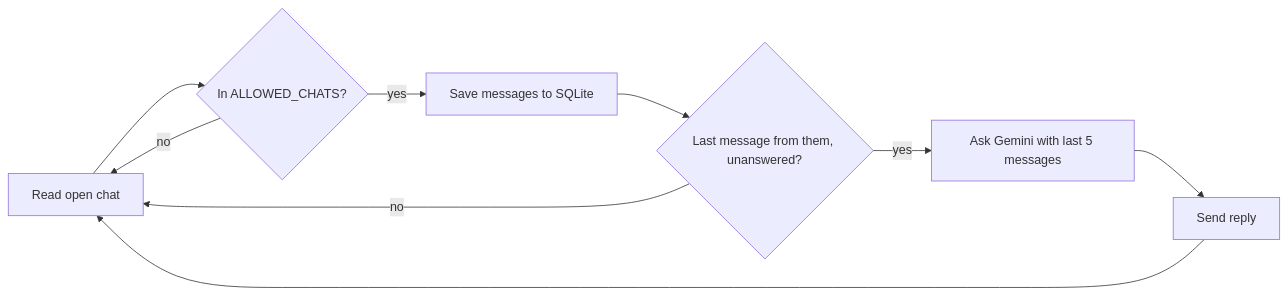
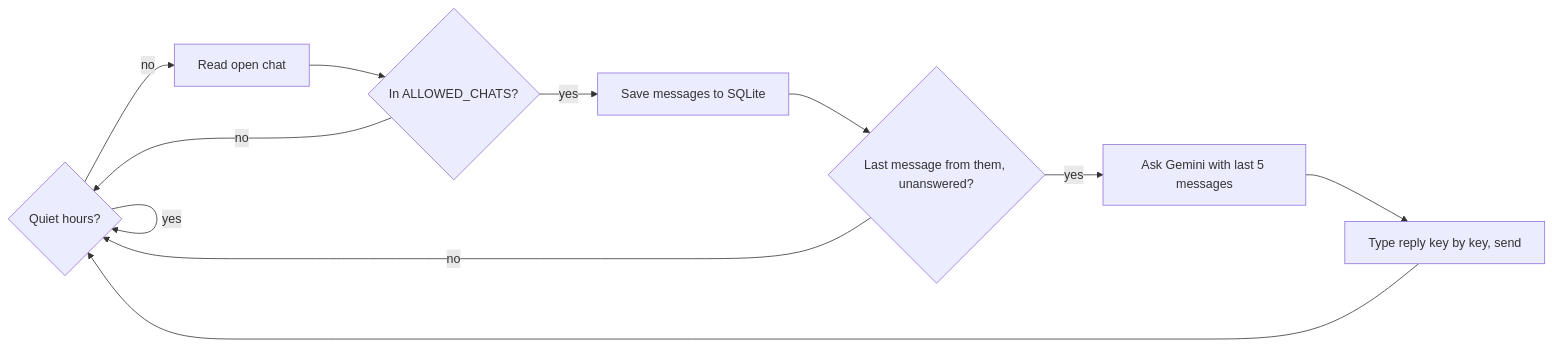
One commit to hadistlm/wa-bot changed the diagram in README.md. Above: the diagram before and after it, drawn with Mermaid. The commit also changed other lines of this file and 1 other file, not shown here.

Commit message:
docs: document quiet hours, typing pause and ban-risk tips

````diff
--- a/README.md
+++ b/README.md
@@ -116,11 +119,13 @@
 ```mermaid
 graph LR
-    A[Read open chat] --> B{In ALLOWED_CHATS?}
-    B -- no --> A
+    Q{Quiet hours?} -- yes --> Q
+    Q -- no --> A[Read open chat]
+    A --> B{In ALLOWED_CHATS?}
+    B -- no --> Q
     B -- yes --> C[Save messages to SQLite]
     C --> D{Last message from them, unanswered?}
-    D -- no --> A
+    D -- no --> Q
     D -- yes --> E[Ask Gemini with last 5 messages]
-    E --> F[Send reply]
-    F --> A
+    E --> F[Type reply key by key, send]
+    F --> Q
 ```
````
